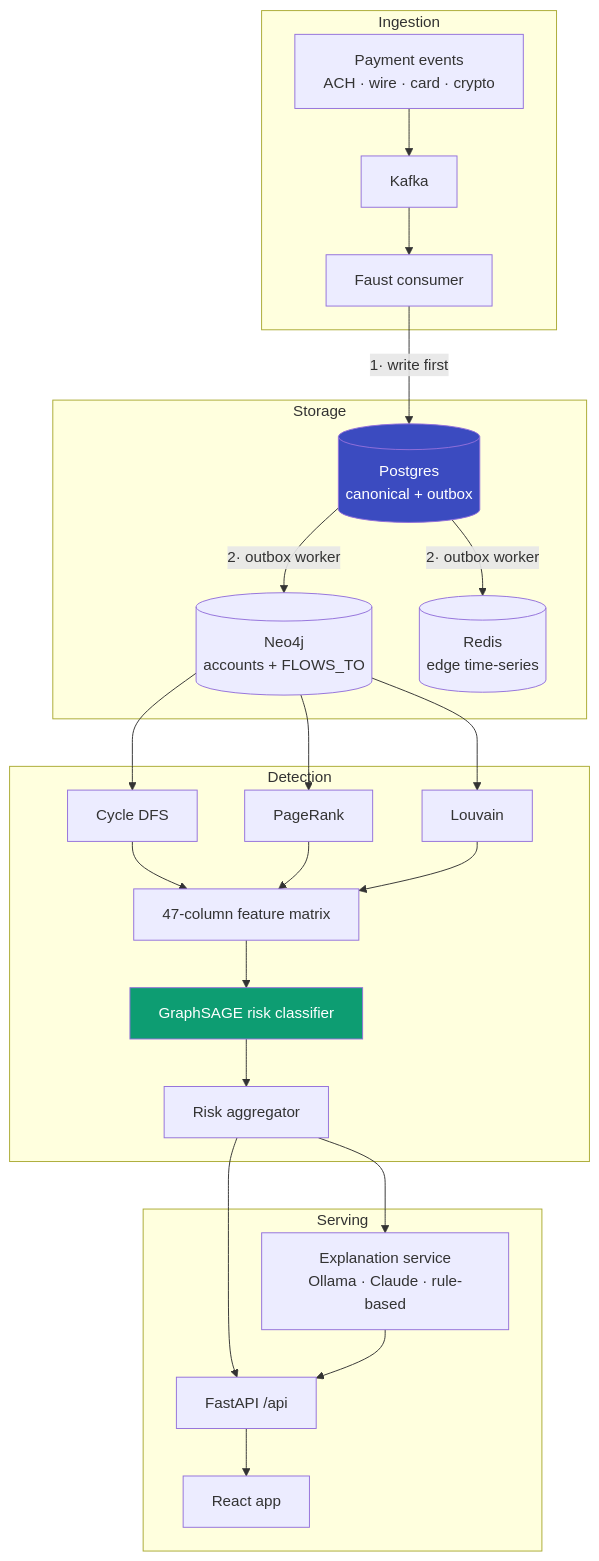
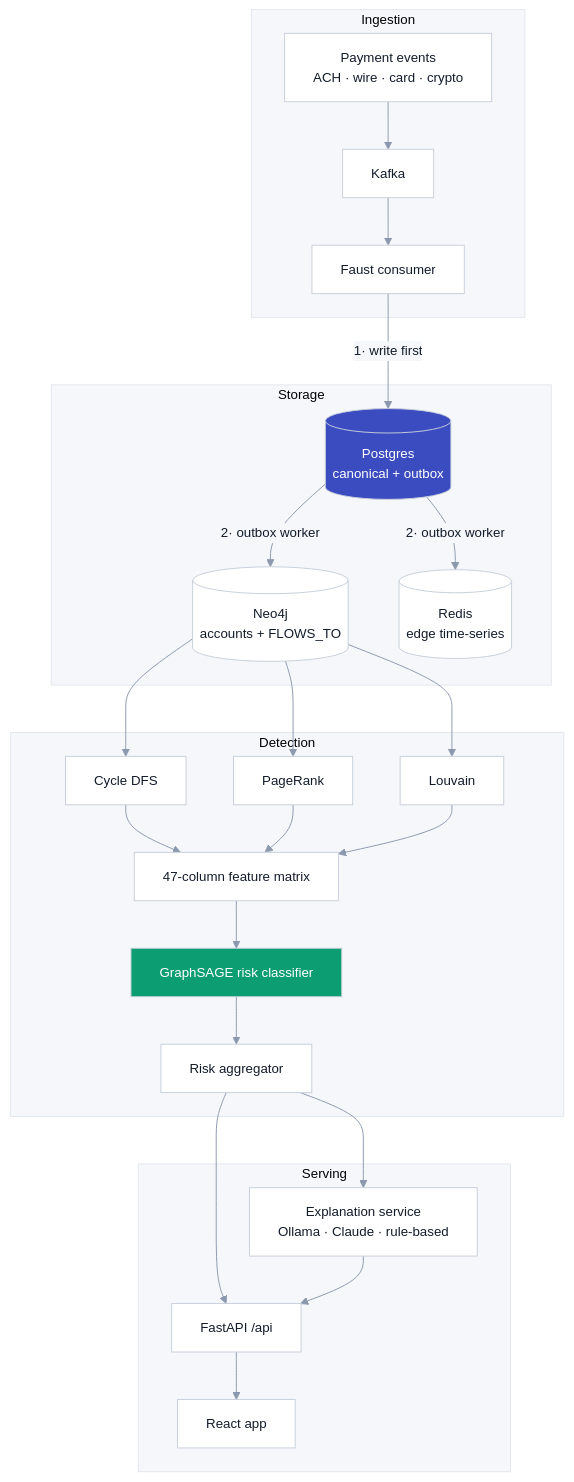
Before and after one commit to PoneeshKumar/FlowGraph: the first of 2 diagrams in README.md, drawn with Mermaid. The commit also changed other lines of this file, not shown here.

First line of the commit message:
docs: theme the mermaid diagrams to match the product palette

````diff
--- a/README.md
+++ b/README.md
@@ -36,32 +36,37 @@
 ```mermaid
+%%{init: {'theme':'base','themeVariables':{
+  'fontFamily':'ui-sans-serif, system-ui, sans-serif','fontSize':'14px',
+  'primaryColor':'#ffffff','primaryTextColor':'#131c2b','primaryBorderColor':'#c7cfdb',
+  'lineColor':'#8b98ad','clusterBkg':'#f5f7fa','clusterBorder':'#e2e7ee',
+  'edgeLabelBackground':'#f5f7fa'}}}%%
 flowchart TB
     subgraph ingest[Ingestion]
         E[Payment events<br/>ACH · wire · card · crypto] --> K[Kafka]
         K --> C[Faust consumer]
     end
 
     subgraph store[Storage]
         C -->|1· write first| P[(Postgres<br/>canonical + outbox)]
         P -->|2· outbox worker| N[(Neo4j<br/>accounts + FLOWS_TO)]
         P -->|2· outbox worker| R[(Redis<br/>edge time-series)]
     end
 
     subgraph detect[Detection]
         N --> CY[Cycle DFS]
         N --> PR[PageRank]
         N --> LV[Louvain]
         CY & PR & LV --> F[47-column feature matrix]
         F --> G[GraphSAGE risk classifier]
         G --> A[Risk aggregator]
     end
 
     subgraph serve[Serving]
         A --> API[FastAPI /api]
         A --> X[Explanation service<br/>Ollama · Claude · rule-based]
         X --> API
         API --> UI[React app]
     end
 
     style G fill:#0d9d72,color:#fff
     style P fill:#3b4bc0,color:#fff
 ```
````
